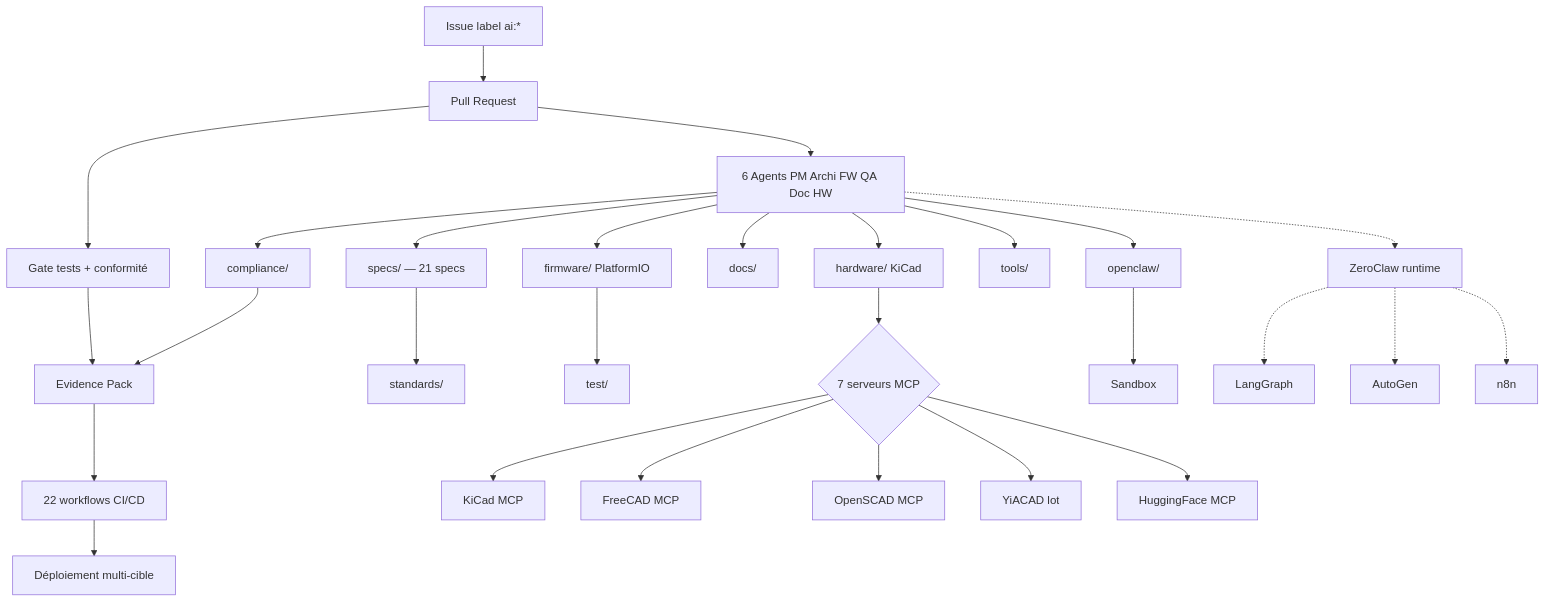
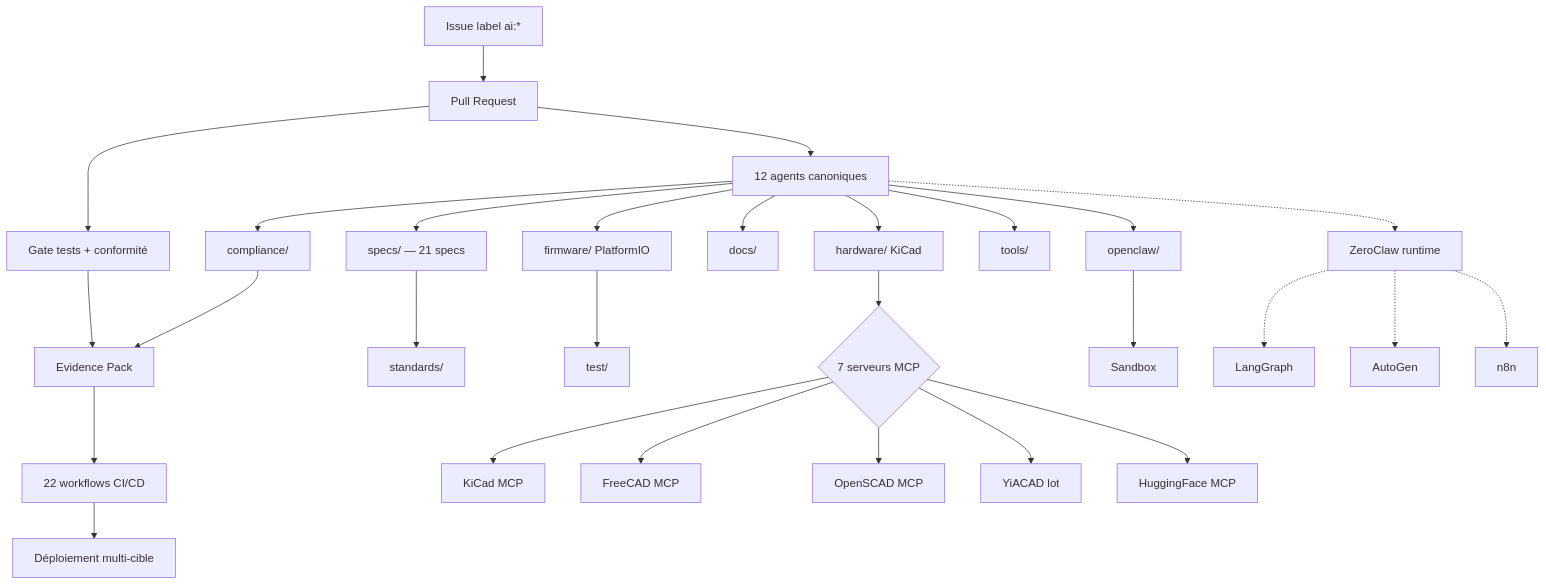
The diagram in README_FR.md (electron-rare/Kill_LIFE), drawn with Mermaid before and after one commit. The commit also changed other lines of this file and 249 other files, not shown here.

````diff
--- a/README_FR.md
+++ b/README_FR.md
@@ -116,30 +116,30 @@
 ```mermaid
 flowchart TD
   Issue[Issue label ai:*] --> PR[Pull Request]
   PR --> Gate[Gate tests + conformité]
   Gate --> Evidence[Evidence Pack]
   Evidence --> CI[22 workflows CI/CD]
   CI --> Deploy[Déploiement multi-cible]
-  PR --> Agents[6 Agents PM Archi FW QA Doc HW]
+  PR --> Agents[12 agents canoniques]
   Agents --> Specs[specs/ — 21 specs]
   Agents --> Firmware[firmware/ PlatformIO]
   Agents --> Hardware[hardware/ KiCad]
   Agents --> Docs[docs/]
   Agents --> Compliance[compliance/]
   Agents --> Tools[tools/]
   Agents --> OpenClaw[openclaw/]
   Specs --> Standards[standards/]
   Firmware --> Tests[test/]
   Hardware --> MCP{7 serveurs MCP}
   MCP --> KiCad[KiCad MCP]
   MCP --> FreeCAD[FreeCAD MCP]
   MCP --> OpenSCAD[OpenSCAD MCP]
   MCP --> YiACAD[YiACAD lot]
   MCP --> HF[HuggingFace MCP]
   Compliance --> Evidence
   OpenClaw --> Sandbox[Sandbox]
   Agents -.-> ZeroClaw[ZeroClaw runtime]
   ZeroClaw -.-> LangGraph[LangGraph]
   ZeroClaw -.-> AutoGen[AutoGen]
   ZeroClaw -.-> N8N[n8n]
 ```
````
